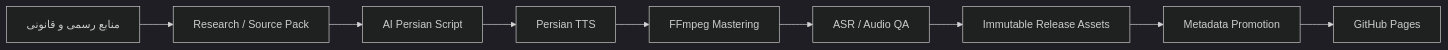
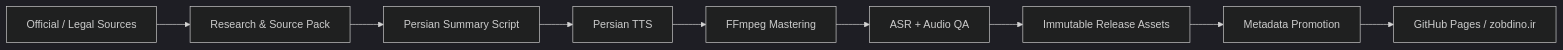
Before and after one commit to AmirMotefaker/KetabCast: the diagram in README.md, drawn with Mermaid (dark theme). The commit also changed other lines of this file and 11 other files, not shown here.

First line of the commit message:
brand: establish official Zobdino GitHub presence (#99)

````diff
--- a/README.md
+++ b/README.md
@@ -56,11 +83,11 @@
 ```mermaid
 flowchart LR
-    A[منابع رسمی و قانونی] --> B[Research / Source Pack]
-    B --> C[AI Persian Script]
+    A[Official / Legal Sources] --> B[Research & Source Pack]
+    B --> C[Persian Summary Script]
     C --> D[Persian TTS]
     D --> E[FFmpeg Mastering]
-    E --> F[ASR / Audio QA]
+    E --> F[ASR + Audio QA]
     F --> G[Immutable Release Assets]
     G --> H[Metadata Promotion]
-    H --> I[GitHub Pages]
+    H --> I[GitHub Pages / zobdino.ir]
 ```
````
